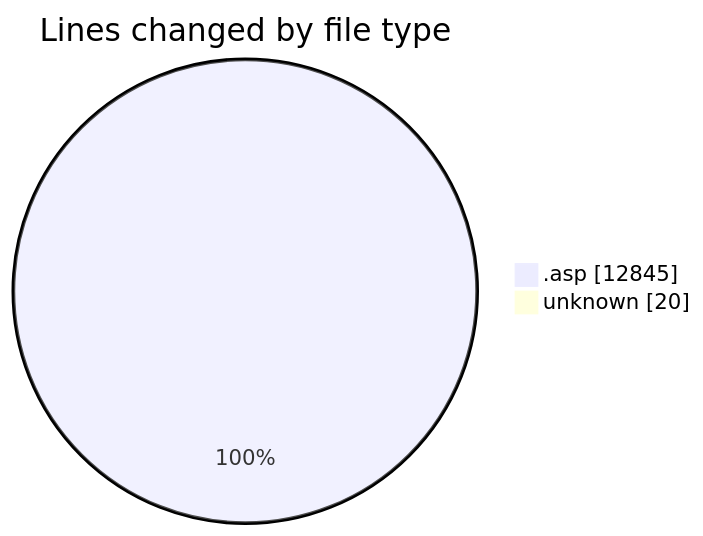
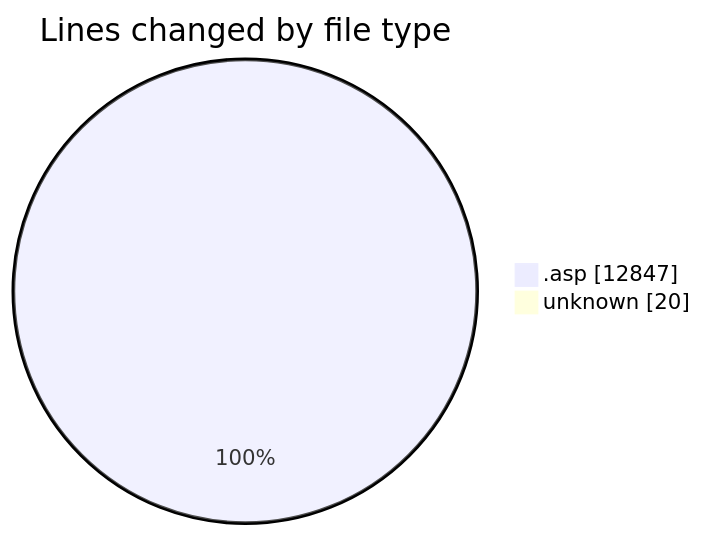
The first of 2 diagrams in 2025-10-27/cdp_aleoudev_fr__workspace_/README.md (julien-gomy/code-tracking), drawn with Mermaid before and after one commit. The commit also changed other lines of this file and 1 other file, not shown here.

````diff
--- a/2025-10-27/cdp_aleoudev_fr__workspace_/README.md
+++ b/2025-10-27/cdp_aleoudev_fr__workspace_/README.md
@@ -33,6 +33,6 @@
 ```mermaid
 pie showData
 title Lines changed by file type
-".asp" : 12845
+".asp" : 12847
 "unknown" : 20
 ```
````
